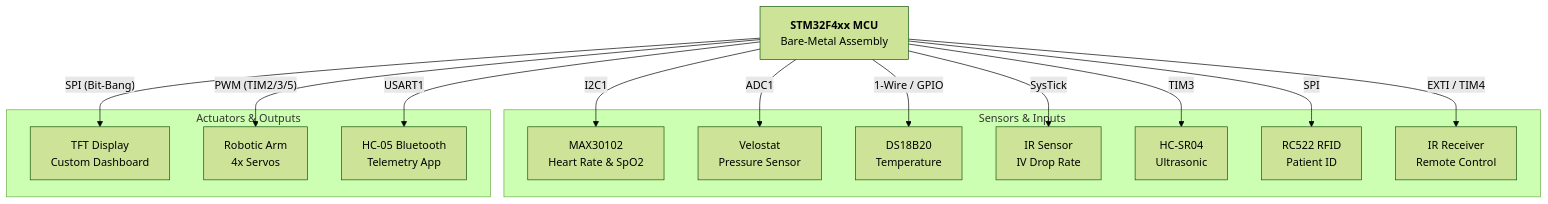
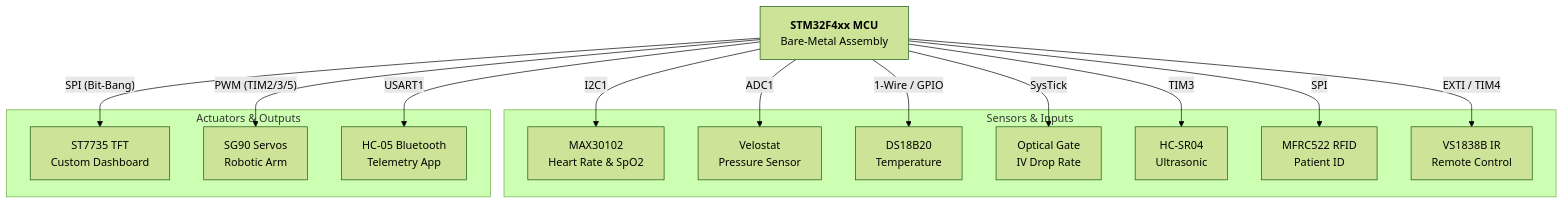
Before and after one commit to fady111-f/Nurse-Robot-: the diagram in README.md, drawn with Mermaid (forest theme). The commit also changed other lines of this file, not shown here.

````diff
--- a/README.md
+++ b/README.md
@@ -24,32 +24,32 @@
 ```mermaid
 graph TD
     MCU[<b>STM32F4xx MCU</b><br/>Bare-Metal Assembly]
     
     subgraph Sensors & Inputs
         MAX[MAX30102<br/>Heart Rate & SpO2]
         VELO[Velostat<br/>Pressure Sensor]
         DS18[DS18B20<br/>Temperature]
-        IR_DROP[IR Sensor<br/>IV Drop Rate]
+        IR_DROP[Optical Gate<br/>IV Drop Rate]
         HCSR[HC-SR04<br/>Ultrasonic]
-        RFID[RC522 RFID<br/>Patient ID]
-        IR_REM[IR Receiver<br/>Remote Control]
+        RFID[MFRC522 RFID<br/>Patient ID]
+        IR_REM[VS1838B IR<br/>Remote Control]
     end
 
     subgraph Actuators & Outputs
-        TFT[TFT Display<br/>Custom Dashboard]
-        ARM[Robotic Arm<br/>4x Servos]
+        TFT[ST7735 TFT<br/>Custom Dashboard]
+        ARM[SG90 Servos<br/>Robotic Arm]
         BT[HC-05 Bluetooth<br/>Telemetry App]
     end
 
     MCU -- I2C1 --> MAX
     MCU -- ADC1 --> VELO
     MCU -- 1-Wire / GPIO --> DS18
     MCU -- SysTick --> IR_DROP
     MCU -- TIM3 --> HCSR
     MCU -- SPI --> RFID
     MCU -- EXTI / TIM4 --> IR_REM
 
     MCU -- SPI (Bit-Bang) --> TFT
     MCU -- PWM (TIM2/3/5) --> ARM
     MCU -- USART1 --> BT
 ```
````
